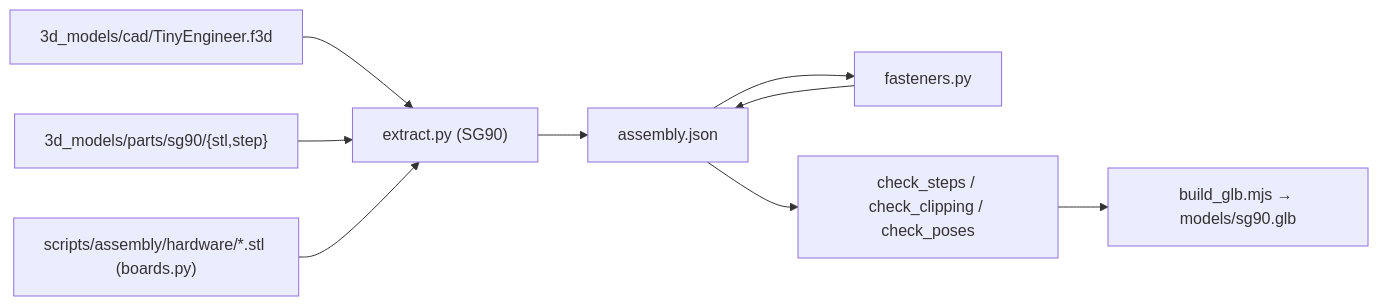
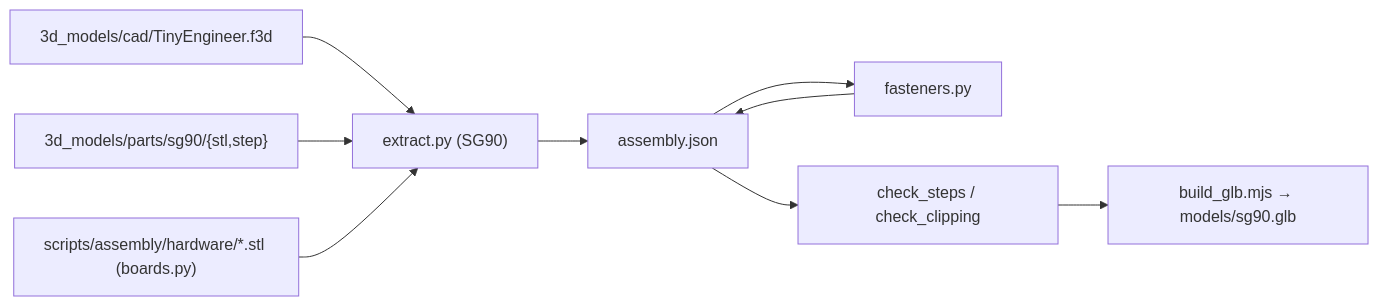
Before and after one commit to jamro/tiny-engineer: the diagram in docs/3d/assembly-viewer.md, drawn with Mermaid. The commit also changed other lines of this file and 16 other files, not shown here.

````diff
--- a/docs/3d/assembly-viewer.md
+++ b/docs/3d/assembly-viewer.md
@@ -5,17 +5,17 @@
 ```mermaid
 flowchart LR
   f3d["3d_models/cad/TinyEngineer.f3d"]
   parts["3d_models/parts/sg90/{stl,step}"]
   boards["scripts/assembly/hardware/*.stl (boards.py)"]
   extract["extract.py (SG90)"]
   fasteners["fasteners.py"]
   json["assembly.json"]
-  checks["check_steps / check_clipping / check_poses"]
+  checks["check_steps / check_clipping"]
   glb["build_glb.mjs → models/sg90.glb"]
   f3d --> extract
   parts --> extract
   boards --> extract
   extract --> json
   json --> fasteners --> json
   json --> checks --> glb
 ```
````
